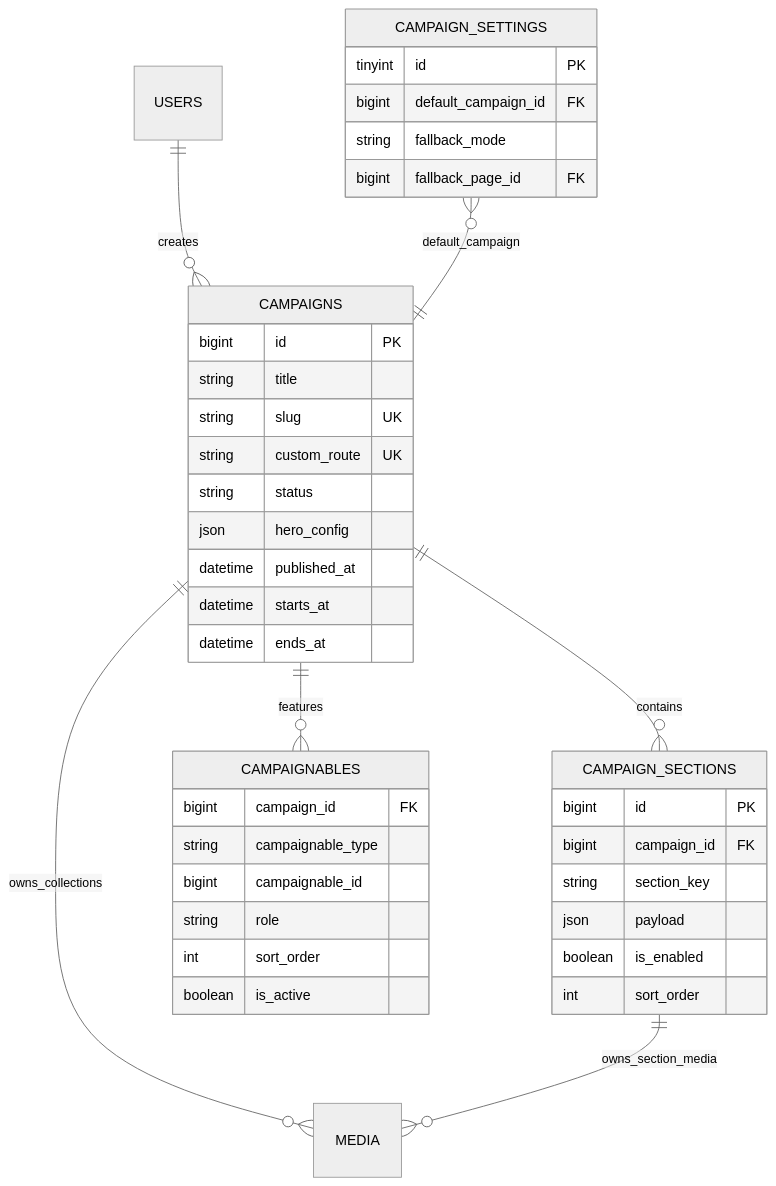
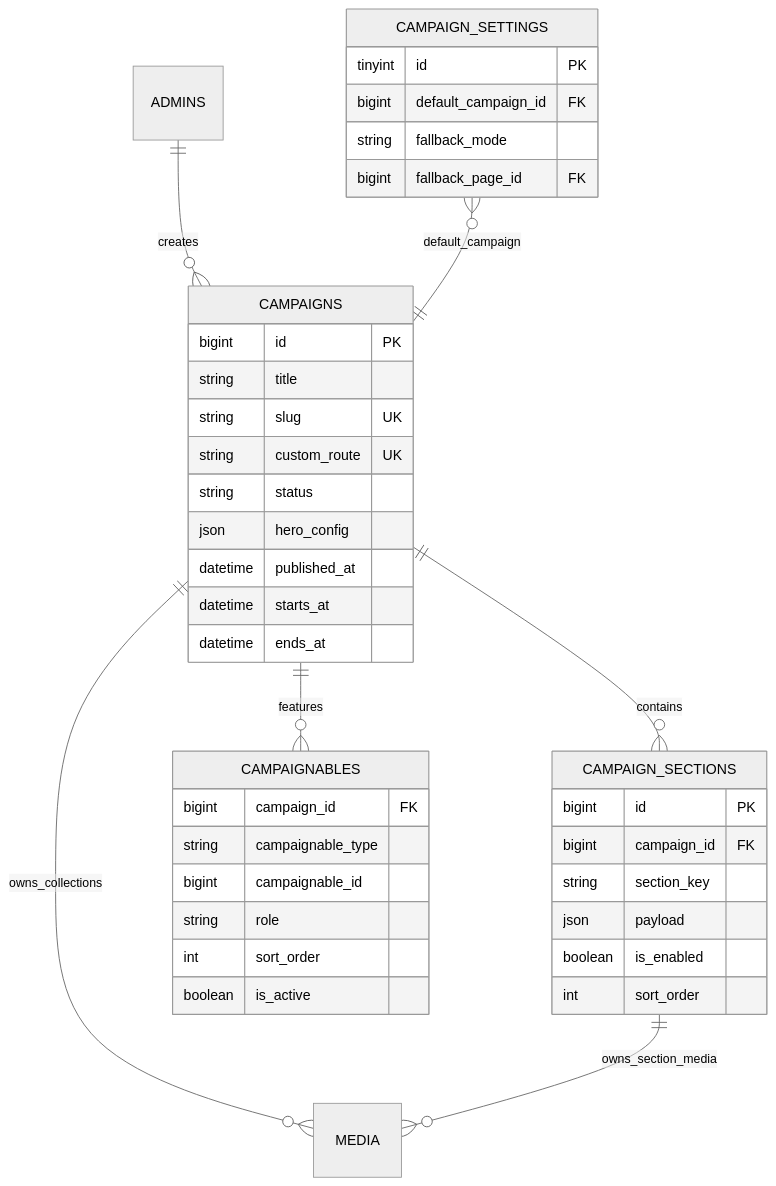
The second of 2 diagrams in docs/Database-erd.md (SanviRahman/drawing-GM), drawn with Mermaid (neutral theme) before and after one commit. The commit also changed other lines of this file and 35 other files, not shown here.

````diff
--- a/docs/Database-erd.md
+++ b/docs/Database-erd.md
@@ -435,43 +439,43 @@
 ```mermaid
 erDiagram
-    USERS ||--o{ CAMPAIGNS : creates
+    ADMINS ||--o{ CAMPAIGNS : creates
     CAMPAIGNS ||--o{ CAMPAIGN_SECTIONS : contains
     CAMPAIGNS ||--o{ CAMPAIGNABLES : features
     CAMPAIGN_SETTINGS }o--|| CAMPAIGNS : default_campaign
     CAMPAIGNS ||--o{ MEDIA : owns_collections
     CAMPAIGN_SECTIONS ||--o{ MEDIA : owns_section_media
 
     CAMPAIGNS {
       bigint id PK
       string title
       string slug UK
       string custom_route UK
       string status
       json hero_config
       datetime published_at
       datetime starts_at
       datetime ends_at
     }
     CAMPAIGN_SETTINGS {
       tinyint id PK
       bigint default_campaign_id FK
       string fallback_mode
       bigint fallback_page_id FK
     }
     CAMPAIGN_SECTIONS {
       bigint id PK
       bigint campaign_id FK
       string section_key
       json payload
       boolean is_enabled
       int sort_order
     }
     CAMPAIGNABLES {
       bigint campaign_id FK
       string campaignable_type
       bigint campaignable_id
       string role
       int sort_order
       boolean is_active
     }
 ```
````
